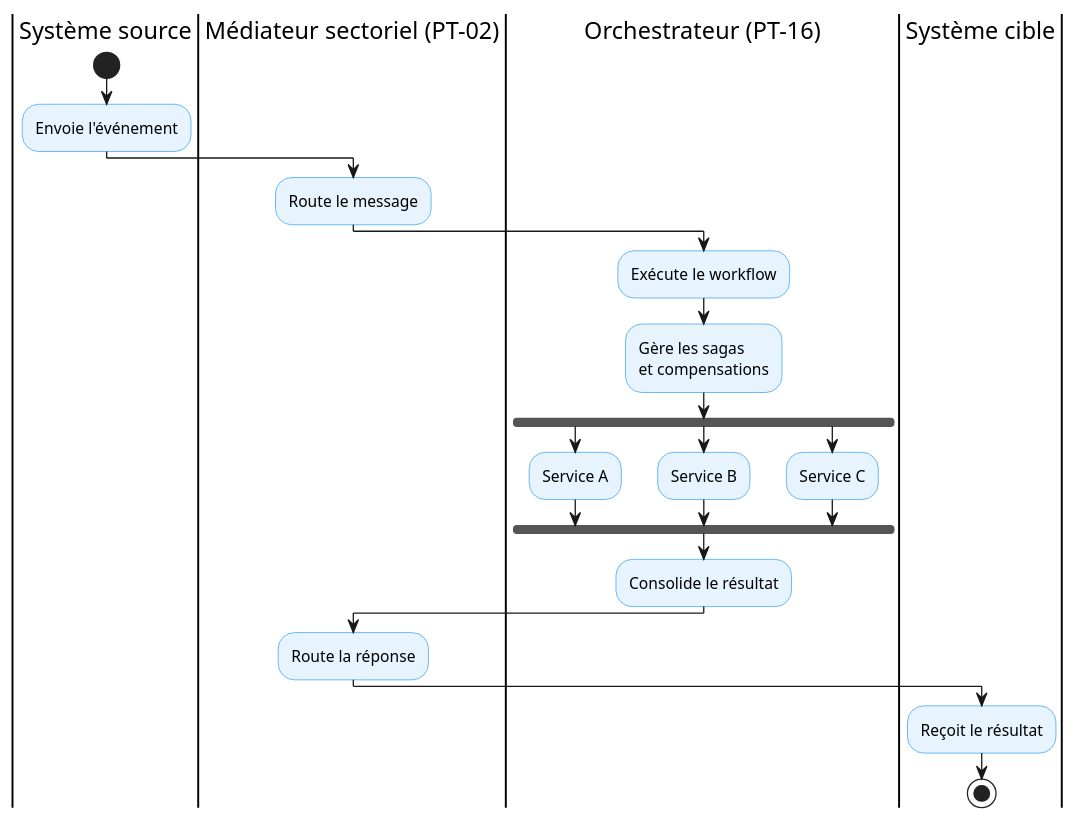
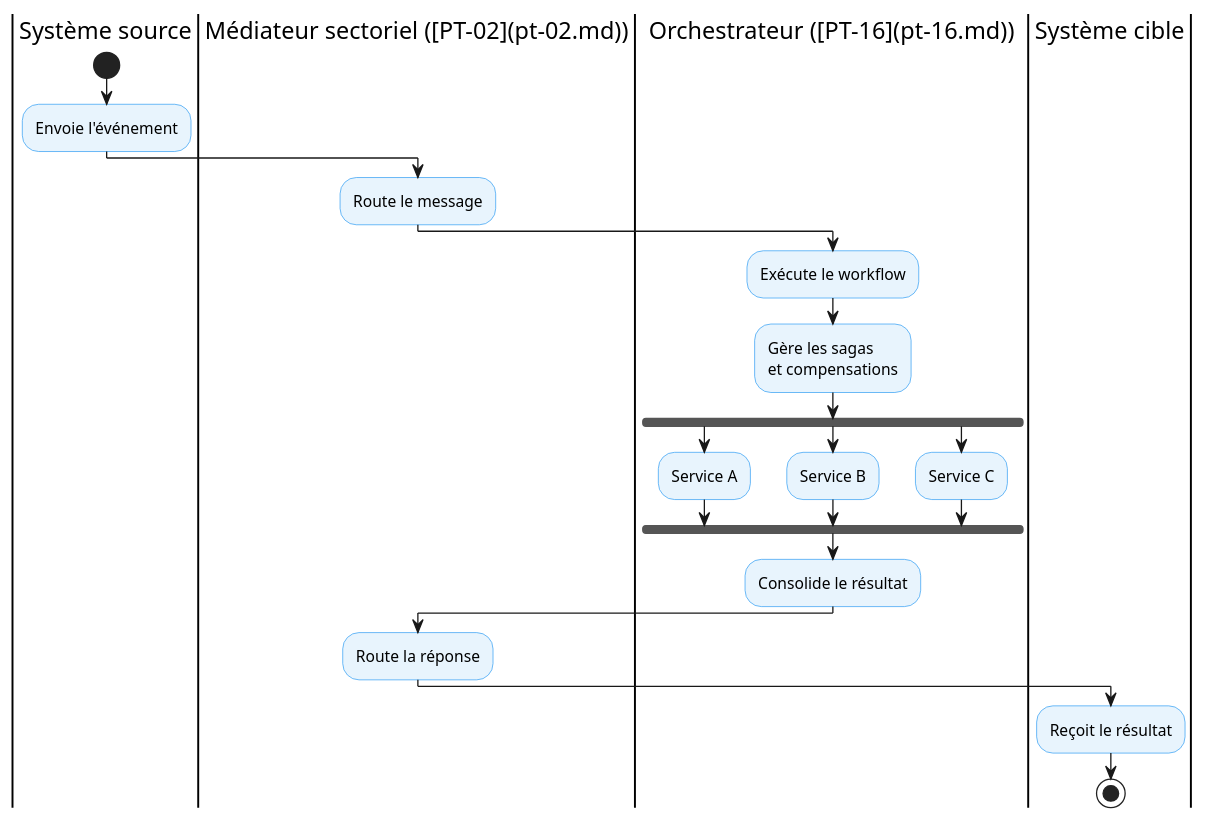
Before and after one commit to Data-Fi-Madagascar/health-enterprise-architecture: the diagram in referentiel/profils/pt-16.md, drawn with PlantUML. The commit also changed other lines of this file and 118 other files, not shown here.

````diff
--- a/referentiel/profils/pt-16.md
+++ b/referentiel/profils/pt-16.md
@@ -77,39 +112,39 @@
 ```plantuml
 @startuml
 skinparam activity {
   BackgroundColor #E8F4FD
   BorderColor #2196F3
 }
 
 |Système source|
 start
 :Envoie l'événement;
 
-|Médiateur sectoriel (PT-02)|
+|Médiateur sectoriel ([PT-02](pt-02.md))|
 :Route le message;
 
-|Orchestrateur (PT-16)|
+|Orchestrateur ([PT-16](pt-16.md))|
 :Exécute le workflow;
 :Gère les sagas
 et compensations;
 
 fork
   :Service A;
 fork again
   :Service B;
 fork again
   :Service C;
 end fork
 
 :Consolide le résultat;
 
-|Médiateur sectoriel (PT-02)|
+|Médiateur sectoriel ([PT-02](pt-02.md))|
 :Route la réponse;
 
 |Système cible|
 :Reçoit le résultat;
 
 stop
 
 @enduml
 ```
````
